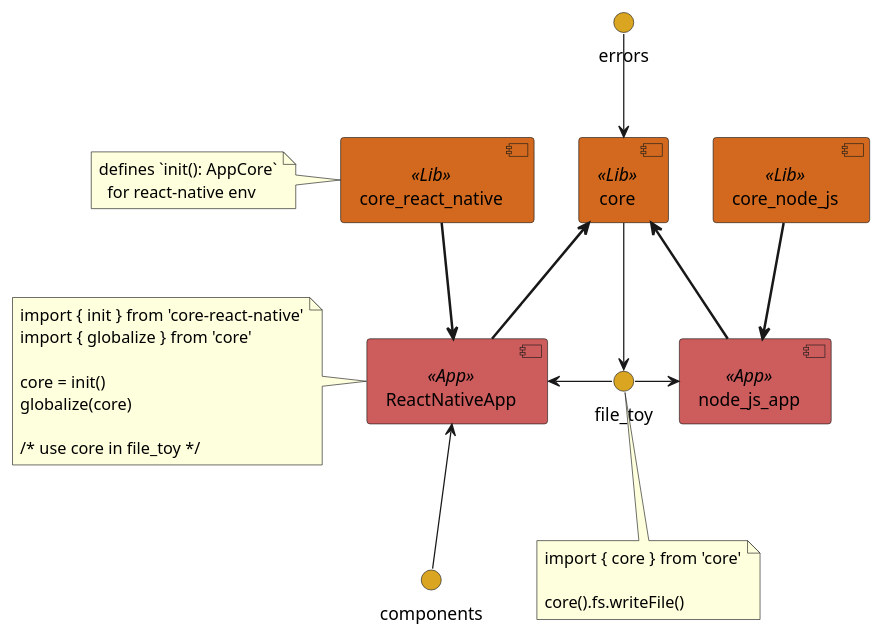
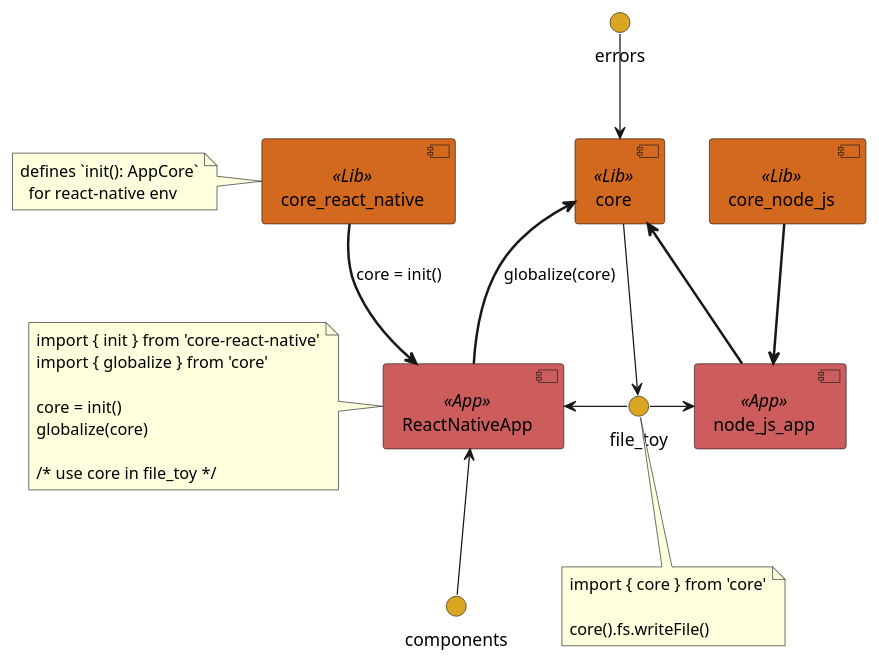
One commit to calebgregory/yarn-workspaces-lerna-react-native-app changed the diagram in docs/architecture-overview-no-frames.iuml. Above: the diagram before and after it, drawn with PlantUML. The commit also changed 44 other files, not shown here.

Commit message:
renames "app" "core", makes it clear that those core-{app-name} packages are just for initting the core

```diff
--- a/docs/architecture-overview-no-frames.iuml
+++ b/docs/architecture-overview-no-frames.iuml
@@ -1,38 +1,38 @@
 @startuml architecture-overview-no-frames
   skinparam component {
     BackgroundColor<<App>> IndianRed
     BackgroundColor<<Lib>> Chocolate
   }
   skinparam interface {
     BackgroundColor GoldenRod
   }
 
   [ReactNativeApp] <<App>>
   [node_js_app] <<App>>
 
   [core] <<Lib>>
   [core_react_native] <<Lib>>
   [core_node_js] <<Lib>>
 
 
   () errors
   () components
   () file_toy
 
   note left of [core_react_native] : defines `init(): AppCore`\n  for react-native env
   note left of [ReactNativeApp] : import { init } from 'core-react-native'\nimport { globalize } from 'core'\n\ncore = init()\nglobalize(core)\n\n/* use core in file_toy */
 
-  core_react_native ==> [ReactNativeApp]
-  core <== [ReactNativeApp]
+  core_react_native ==> [ReactNativeApp] : core = init()
+  core <== [ReactNativeApp] : globalize(core)
   core_node_js ==> [node_js_app]
   core <== [node_js_app]
   core <-up- errors
 
   [ReactNativeApp] <- file_toy
   file_toy -> [node_js_app]
   [ReactNativeApp] <-- components
 
   file_toy <- core
 
   note bottom of file_toy : import { core } from 'core'\n\ncore().fs.writeFile()
 @enduml
```
